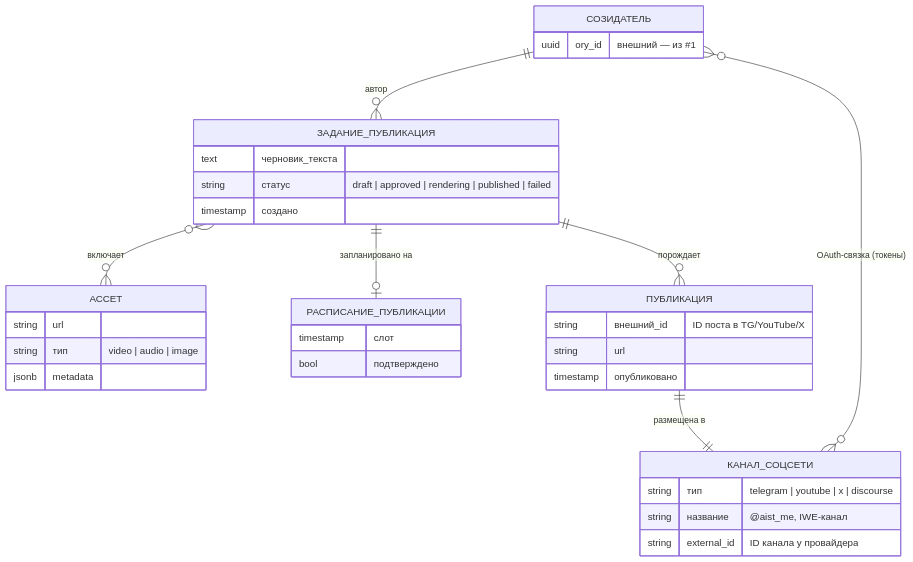
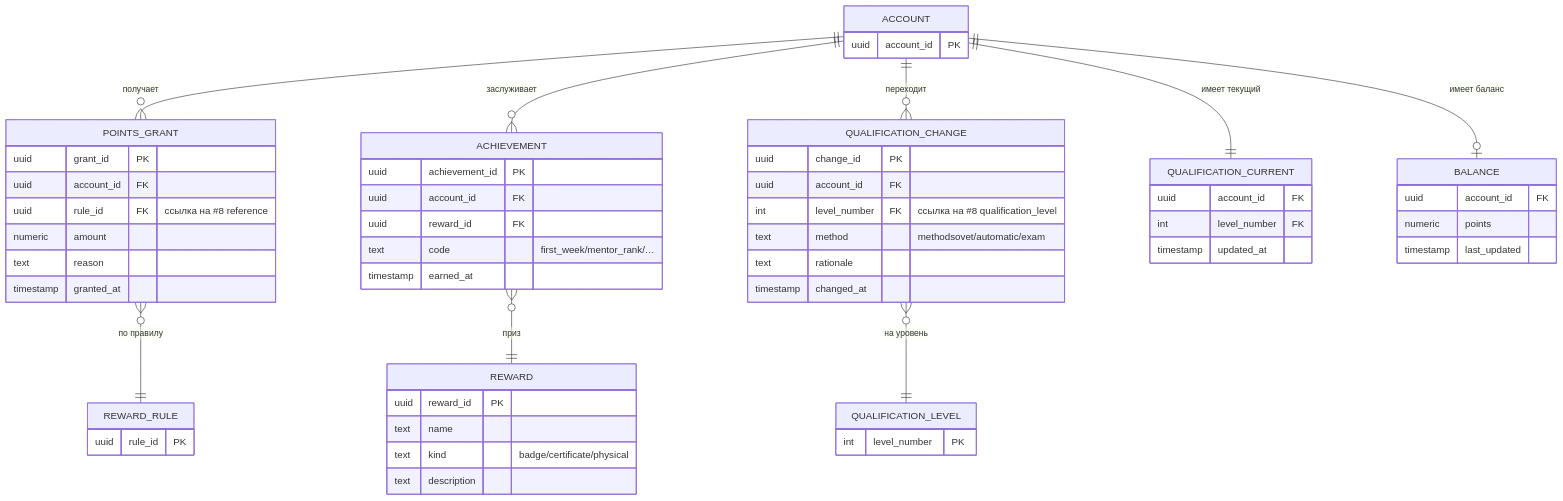
Diagram 13 of 17 in pack/digital-platform/02-domain-entities/DP.ARCH.004-neon-data-architecture.md (TserenTserenov/PACK-digital-platform), drawn with Mermaid before and after one commit. The commit also changed other lines of this file and 29 other files, not shown here.

````diff
--- a/pack/digital-platform/02-domain-entities/DP.ARCH.004-neon-data-architecture.md
+++ b/pack/digital-platform/02-domain-entities/DP.ARCH.004-neon-data-architecture.md
@@ -758,37 +1086,60 @@
 ```mermaid
 erDiagram
-    СОЗИДАТЕЛЬ ||--o{ ЗАДАНИЕ_ПУБЛИКАЦИЯ : "автор"
-    СОЗИДАТЕЛЬ }o--o{ КАНАЛ_СОЦСЕТИ : "OAuth-связка (токены)"
-    ЗАДАНИЕ_ПУБЛИКАЦИЯ }o--o{ АССЕТ : "включает"
-    ЗАДАНИЕ_ПУБЛИКАЦИЯ ||--o| РАСПИСАНИЕ_ПУБЛИКАЦИИ : "запланировано на"
-    ЗАДАНИЕ_ПУБЛИКАЦИЯ ||--o{ ПУБЛИКАЦИЯ : "порождает"
-    ПУБЛИКАЦИЯ ||--|| КАНАЛ_СОЦСЕТИ : "размещена в"
+    ACCOUNT ||--o{ POINTS_GRANT : "получает"
+    ACCOUNT ||--o{ ACHIEVEMENT : "заслуживает"
+    ACCOUNT ||--o{ QUALIFICATION_CHANGE : "переходит"
+    ACCOUNT ||--|| QUALIFICATION_CURRENT : "имеет текущий"
+    ACCOUNT ||--o| BALANCE : "имеет баланс"
+    POINTS_GRANT }o--|| REWARD_RULE : "по правилу"
+    QUALIFICATION_CHANGE }o--|| QUALIFICATION_LEVEL : "на уровень"
+    ACHIEVEMENT }o--|| REWARD : "приз"
 
-    СОЗИДАТЕЛЬ {
-        uuid ory_id "внешний — из #1"
+    POINTS_GRANT {
+        uuid grant_id PK
+        uuid account_id FK
+        uuid rule_id FK "ссылка на #8 reference"
+        numeric amount
+        text reason
+        timestamp granted_at
     }
-    ЗАДАНИЕ_ПУБЛИКАЦИЯ {
-        text черновик_текста
-        string статус "draft | approved | rendering | published | failed"
-        timestamp создано
+    ACHIEVEMENT {
+        uuid achievement_id PK
+        uuid account_id FK
+        uuid reward_id FK
+        text code "first_week/mentor_rank/…"
+        timestamp earned_at
     }
-    АССЕТ {
-        string url
-        string тип "video | audio | image"
-        jsonb metadata
+    QUALIFICATION_CHANGE {
+        uuid change_id PK
+        uuid account_id FK
+        int level_number FK "ссылка на #8 qualification_level"
+        text method "methodsovet/automatic/exam"
+        text rationale
+        timestamp changed_at
     }
-    РАСПИСАНИЕ_ПУБЛИКАЦИИ {
-        timestamp слот
-        bool подтверждено
+    QUALIFICATION_CURRENT {
+        uuid account_id FK
+        int level_number FK
+        timestamp updated_at
     }
-    ПУБЛИКАЦИЯ {
-        string внешний_id "ID поста в TG/YouTube/X"
-        string url
-        timestamp опубликовано
+    REWARD {
+        uuid reward_id PK
+        text name
+        text kind "badge/certificate/physical"
+        text description
     }
-    КАНАЛ_СОЦСЕТИ {
-        string тип "telegram | youtube | x | discourse"
-        string название "@aist_me, IWE-канал"
-        string external_id "ID канала у провайдера"
+    BALANCE {
+        uuid account_id FK
+        numeric points
+        timestamp last_updated
+    }
+    REWARD_RULE {
+        uuid rule_id PK
+    }
+    QUALIFICATION_LEVEL {
+        int level_number PK
+    }
+    ACCOUNT {
+        uuid account_id PK
     }
 ```
````
